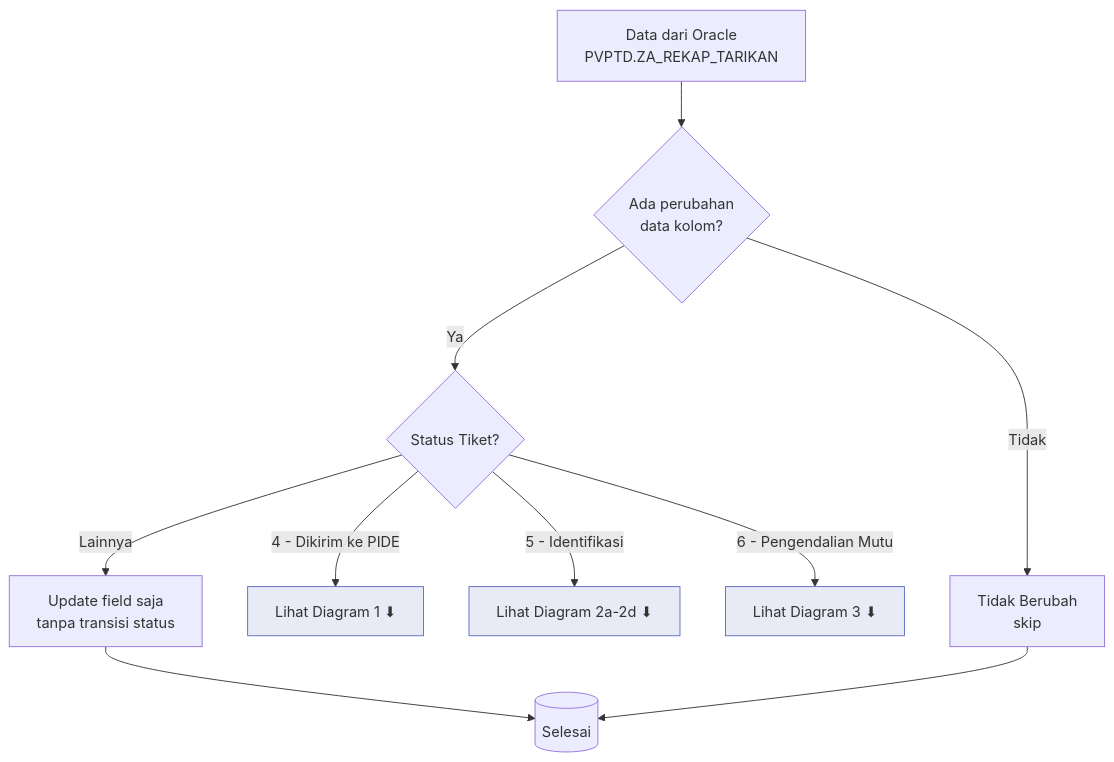
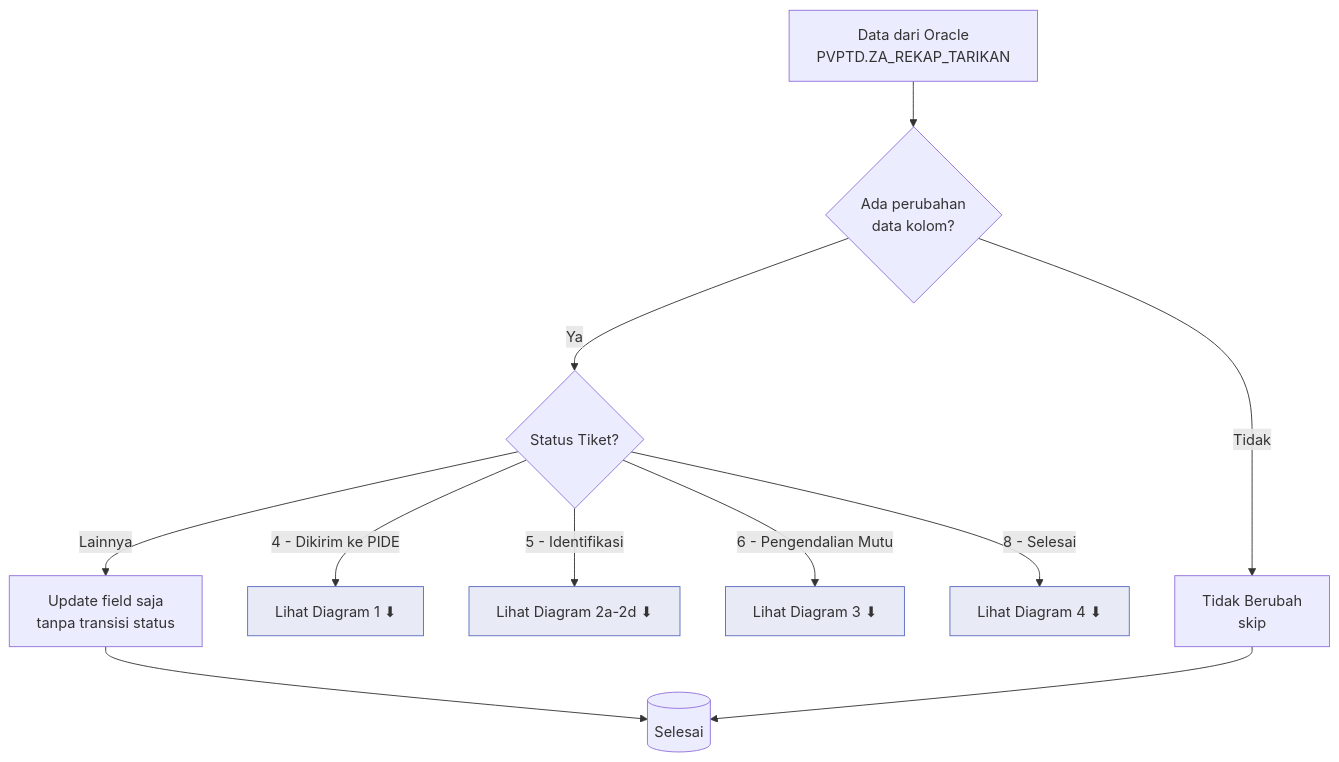
The first of 8 diagrams in docs/SYNC_TIKET_UPDATE_RULES.md (kloworizer/diamond-web), drawn with Mermaid before and after one commit. The commit also changed other lines of this file and 4 other files, not shown here.

````diff
--- a/docs/SYNC_TIKET_UPDATE_RULES.md
+++ b/docs/SYNC_TIKET_UPDATE_RULES.md
@@ -10,16 +10,18 @@
 ```mermaid
 flowchart TD
     ORACLE[Data dari Oracle<br/>PVPTD.ZA_REKAP_TARIKAN] --> FIELD_CHECK{Ada perubahan<br/>data kolom?}
     FIELD_CHECK -->|Tidak| NO_CHANGE[Tidak Berubah<br/>skip]
     FIELD_CHECK -->|Ya| CHECK_STATUS{Status Tiket?}
     CHECK_STATUS -->|4 - Dikirim ke PIDE| KE_DIAGRAM_1[Lihat Diagram 1 ⬇]
     CHECK_STATUS -->|5 - Identifikasi| KE_DIAGRAM_2[Lihat Diagram 2a-2d ⬇]
     CHECK_STATUS -->|6 - Pengendalian Mutu| KE_DIAGRAM_3[Lihat Diagram 3 ⬇]
+    CHECK_STATUS -->|8 - Selesai| KE_DIAGRAM_4[Lihat Diagram 4 ⬇]
     CHECK_STATUS -->|Lainnya| UPDATE_ONLY[Update field saja<br/>tanpa transisi status]
     UPDATE_ONLY --> DONE[(Selesai)]
     NO_CHANGE --> DONE
 
     style KE_DIAGRAM_1 fill:#e8eaf6,stroke:#5c6bc0
     style KE_DIAGRAM_2 fill:#e8eaf6,stroke:#5c6bc0
     style KE_DIAGRAM_3 fill:#e8eaf6,stroke:#5c6bc0
+    style KE_DIAGRAM_4 fill:#e8eaf6,stroke:#5c6bc0
 ```
````
